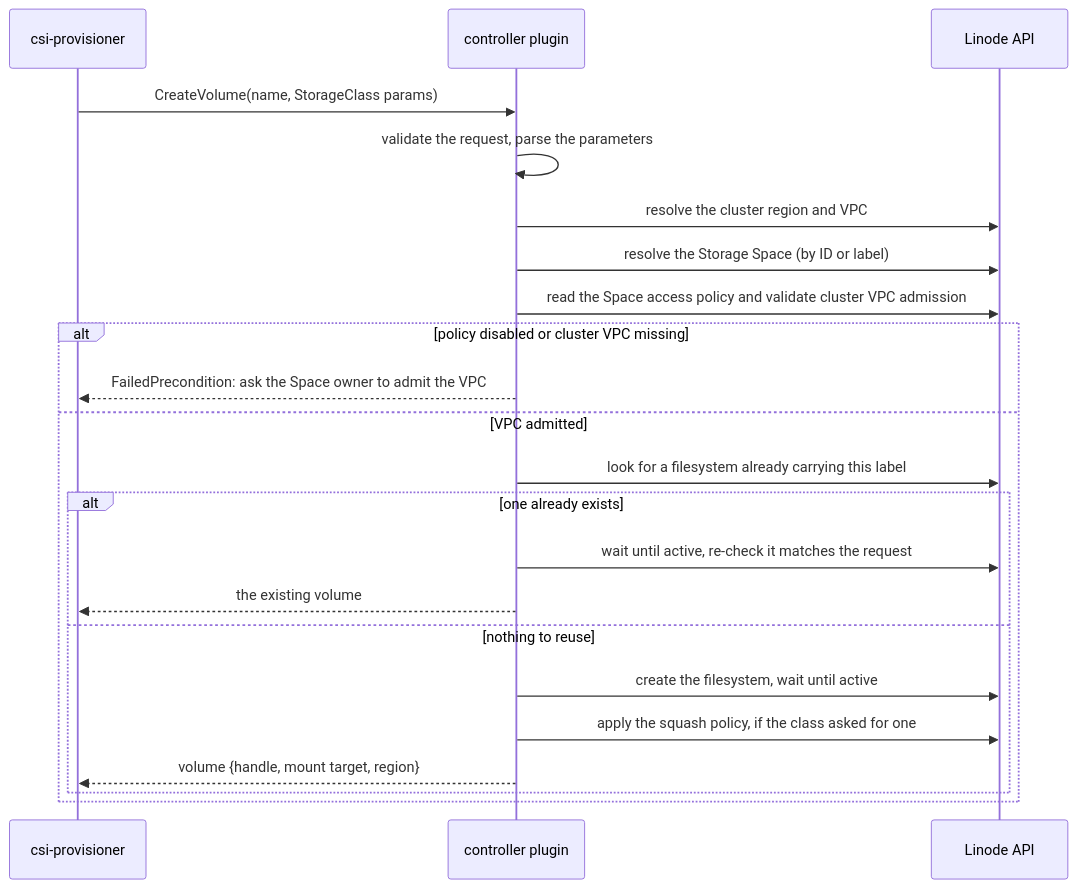
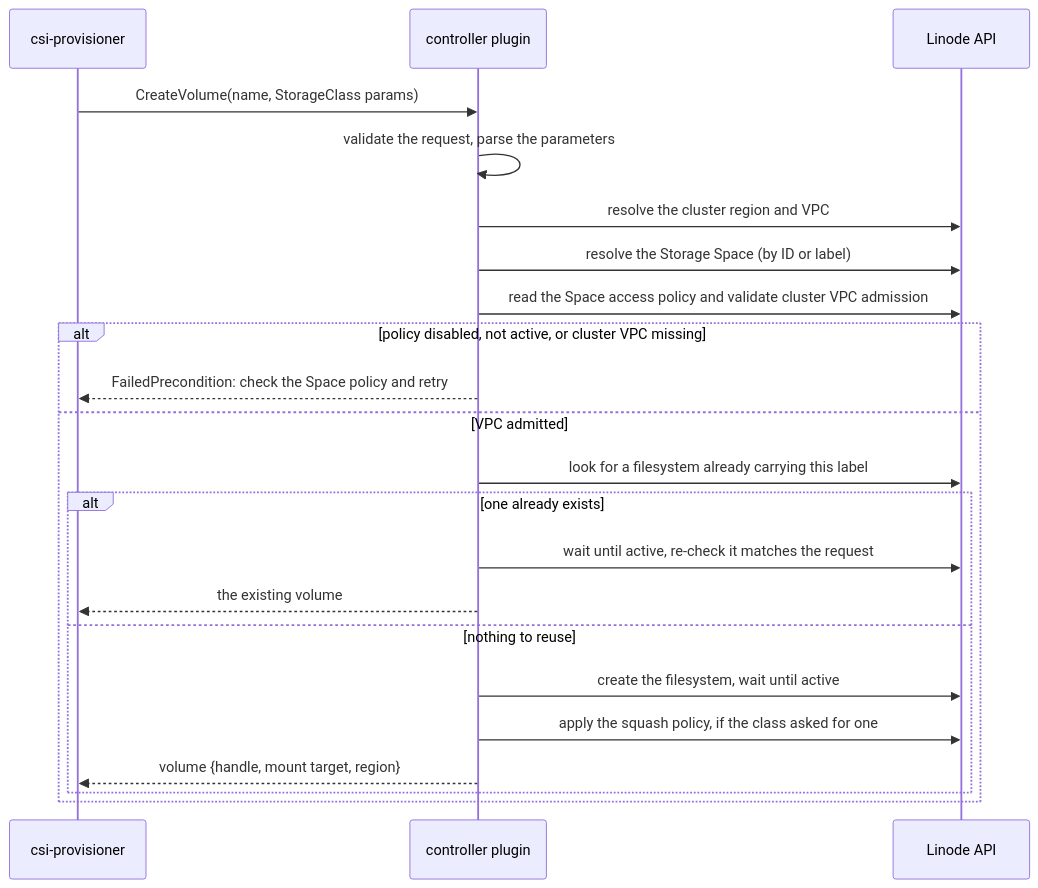
One commit to linode/linode-filestorage-csi-driver changed the first of 3 diagrams in docs/architecture.md. Above: the diagram before and after it, drawn with Mermaid. The commit also changed 6 other files, not shown here.

````diff
--- a/docs/architecture.md
+++ b/docs/architecture.md
@@ -201,24 +201,24 @@
 ```mermaid
 sequenceDiagram
     participant P as csi-provisioner
     participant C as controller plugin
     participant L as Linode API
     P->>C: CreateVolume(name, StorageClass params)
     C->>C: validate the request, parse the parameters
     C->>L: resolve the cluster region and VPC
     C->>L: resolve the Storage Space (by ID or label)
     C->>L: read the Space access policy and validate cluster VPC admission
-    alt policy disabled or cluster VPC missing
-        C-->>P: FailedPrecondition: ask the Space owner to admit the VPC
+    alt policy disabled, not active, or cluster VPC missing
+        C-->>P: FailedPrecondition: check the Space policy and retry
     else VPC admitted
         C->>L: look for a filesystem already carrying this label
         alt one already exists
             C->>L: wait until active, re-check it matches the request
             C-->>P: the existing volume
         else nothing to reuse
             C->>L: create the filesystem, wait until active
             C->>L: apply the squash policy, if the class asked for one
             C-->>P: volume {handle, mount target, region}
         end
     end
 ```
````
